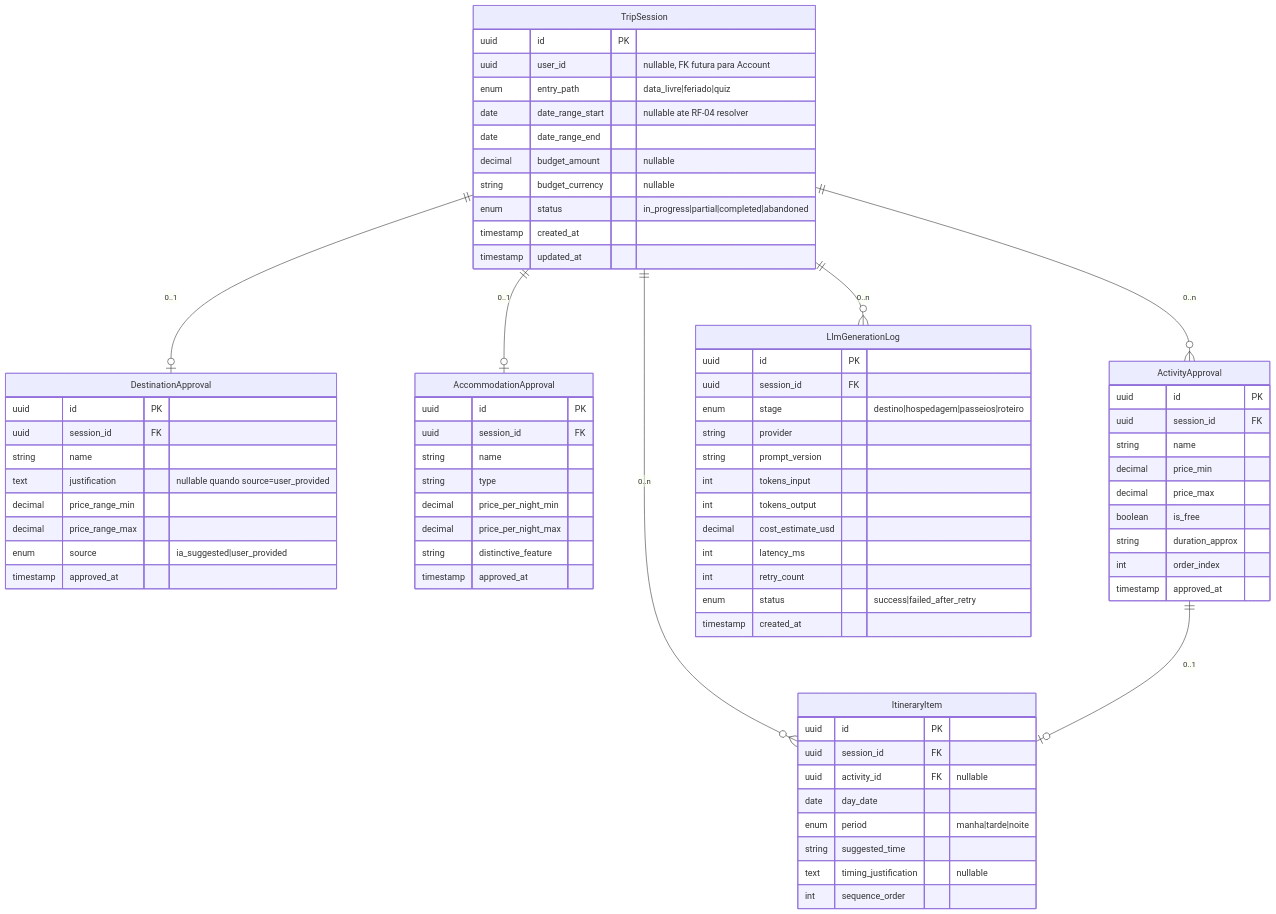
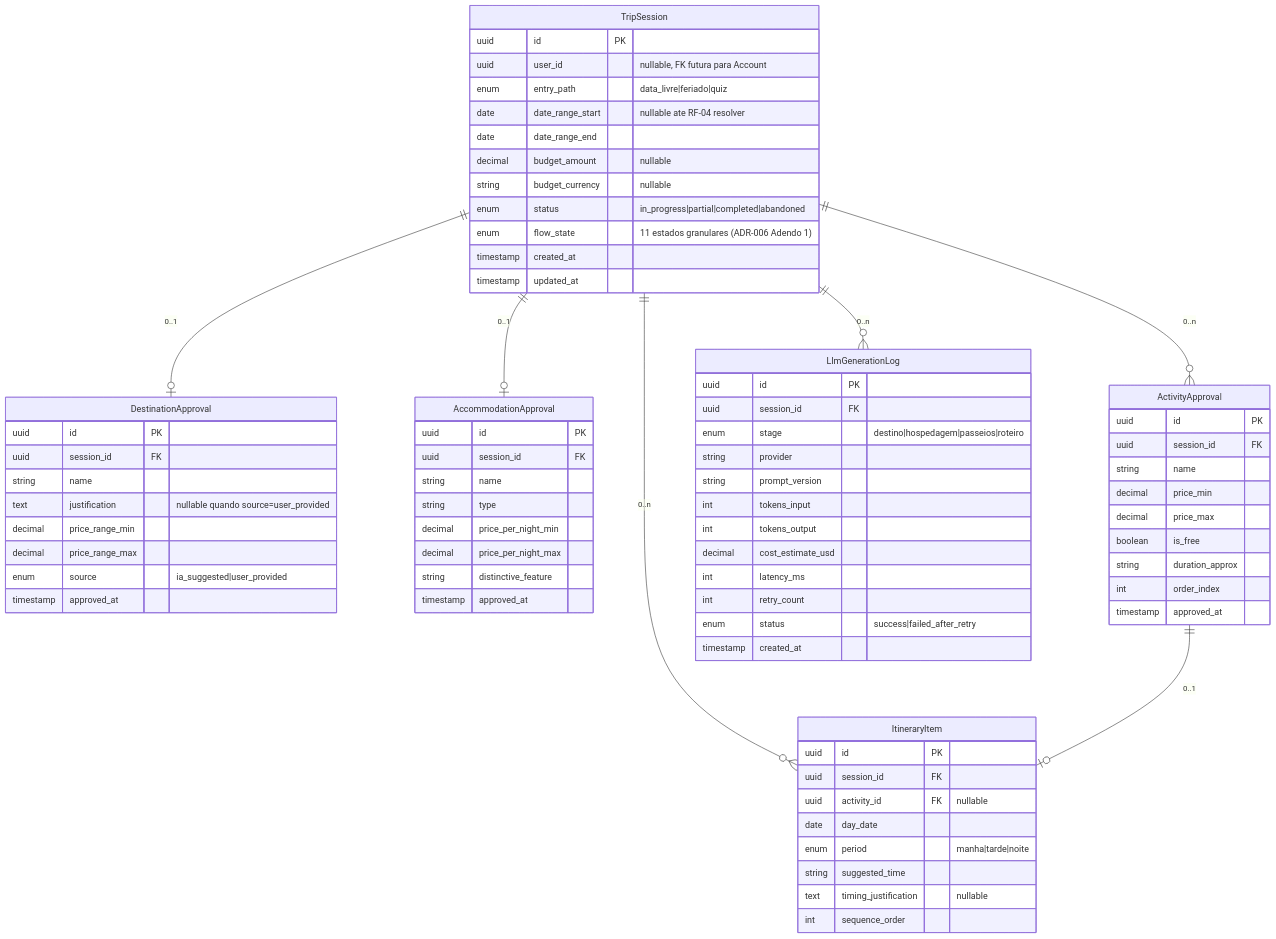
The second of 2 diagrams in .md/SDD.md (leandrosegheto17/curtamais), drawn with Mermaid before and after one commit. The commit also changed other lines of this file and 69 other files, not shown here.

First line of the commit message:
Add entrada flow (feriados/data-livre/quiz), session-flow state machine, and PWA support

````diff
--- a/.md/SDD.md
+++ b/.md/SDD.md
@@ -113,77 +113,78 @@
 ```mermaid
 erDiagram
     TripSession ||--o| DestinationApproval : "0..1"
     TripSession ||--o| AccommodationApproval : "0..1"
     TripSession ||--o{ ActivityApproval : "0..n"
     TripSession ||--o{ ItineraryItem : "0..n"
     TripSession ||--o{ LlmGenerationLog : "0..n"
     ActivityApproval ||--o| ItineraryItem : "0..1"
 
     TripSession {
         uuid id PK
         uuid user_id "nullable, FK futura para Account"
         enum entry_path "data_livre|feriado|quiz"
         date date_range_start "nullable ate RF-04 resolver"
         date date_range_end
         decimal budget_amount "nullable"
         string budget_currency "nullable"
         enum status "in_progress|partial|completed|abandoned"
+        enum flow_state "11 estados granulares (ADR-006 Adendo 1)"
         timestamp created_at
         timestamp updated_at
     }
     DestinationApproval {
         uuid id PK
         uuid session_id FK
         string name
         text justification "nullable quando source=user_provided"
         decimal price_range_min
         decimal price_range_max
         enum source "ia_suggested|user_provided"
         timestamp approved_at
     }
     AccommodationApproval {
         uuid id PK
         uuid session_id FK
         string name
         string type
         decimal price_per_night_min
         decimal price_per_night_max
         string distinctive_feature
         timestamp approved_at
     }
     ActivityApproval {
         uuid id PK
         uuid session_id FK
         string name
         decimal price_min
         decimal price_max
         boolean is_free
         string duration_approx
         int order_index
         timestamp approved_at
     }
     ItineraryItem {
         uuid id PK
         uuid session_id FK
         uuid activity_id FK "nullable"
         date day_date
         enum period "manha|tarde|noite"
         string suggested_time
         text timing_justification "nullable"
         int sequence_order
     }
     LlmGenerationLog {
         uuid id PK
         uuid session_id FK
         enum stage "destino|hospedagem|passeios|roteiro"
         string provider
         string prompt_version
         int tokens_input
         int tokens_output
         decimal cost_estimate_usd
         int latency_ms
         int retry_count
         enum status "success|failed_after_retry"
         timestamp created_at
     }
 ```
````
